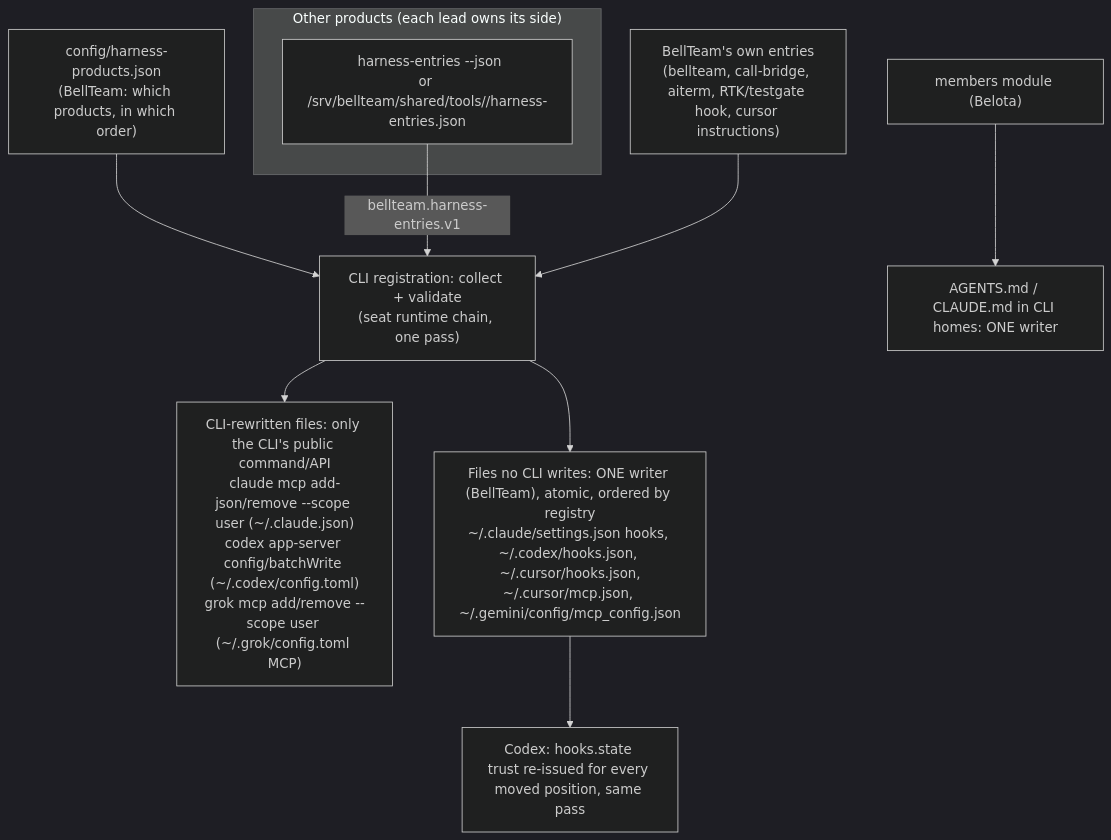
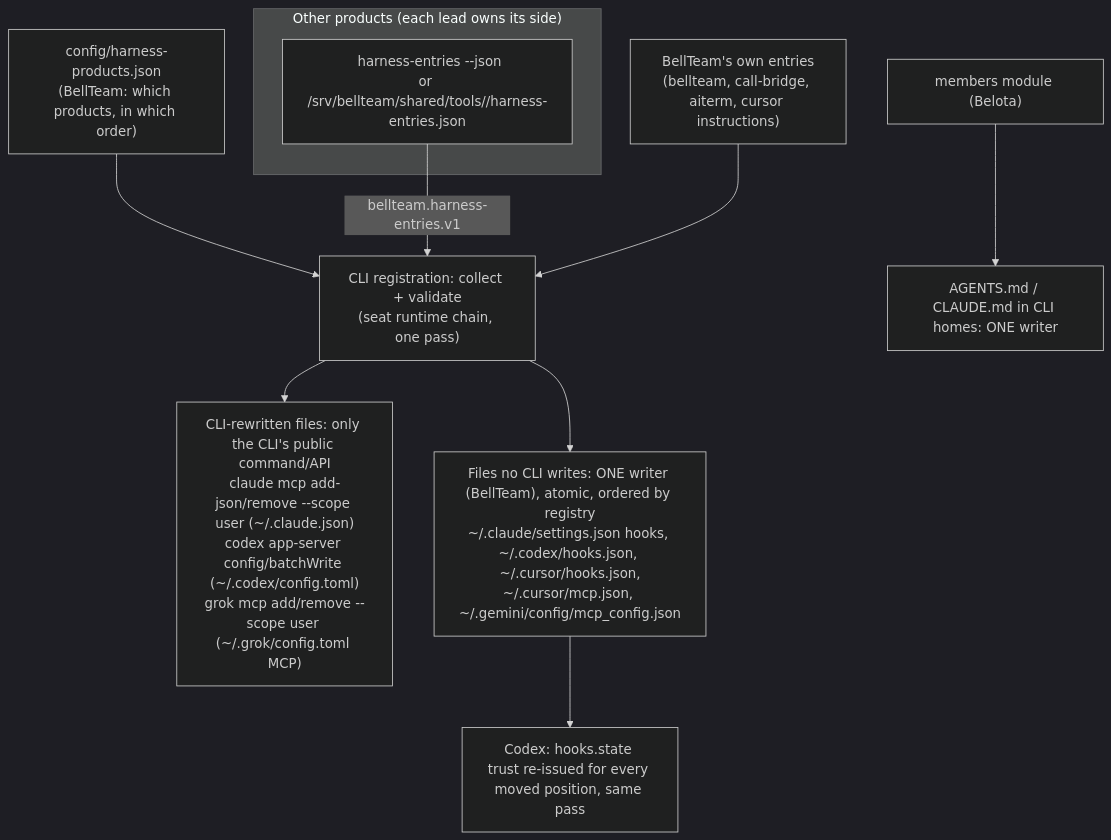
Before and after one commit to kitepon/BellTeam: the fifth of 5 diagrams in docs/architecture/modules/runtime/cli-registration.md, drawn with Mermaid (dark theme). The commit also changed other lines of this file and 13 other files, not shown here.

````diff
--- a/docs/architecture/modules/runtime/cli-registration.md
+++ b/docs/architecture/modules/runtime/cli-registration.md
@@ -116,13 +114,13 @@
 ```mermaid
 flowchart TD
   subgraph Products["Other products (each lead owns its side)"]
     PE["<product> harness-entries --json<br/>or /srv/bellteam/shared/tools/<id>/harness-entries.json"]
   end
   Reg["config/harness-products.json<br/>(BellTeam: which products, in which order)"] --> Collect
   PE -->|"bellteam.harness-entries.v1"| Collect["CLI registration: collect + validate<br/>(seat runtime chain, one pass)"]
-  Own["BellTeam's own entries<br/>(bellteam, call-bridge, aiterm, RTK/testgate hook, cursor instructions)"] --> Collect
+  Own["BellTeam's own entries<br/>(bellteam, call-bridge, aiterm, cursor instructions)"] --> Collect
   Collect --> CLIcmd["CLI-rewritten files: only the CLI's public command/API<br/>claude mcp add-json/remove --scope user (~/.claude.json)<br/>codex app-server config/batchWrite (~/.codex/config.toml)<br/>grok mcp add/remove --scope user (~/.grok/config.toml MCP)"]
   Collect --> Files["Files no CLI writes: ONE writer (BellTeam), atomic, ordered by registry<br/>~/.claude/settings.json hooks, ~/.codex/hooks.json, ~/.cursor/hooks.json,<br/>~/.cursor/mcp.json, ~/.gemini/config/mcp_config.json"]
   Files --> Trust["Codex: hooks.state trust re-issued for every moved position, same pass"]
   Members["members module (Belota)"] --> Rules["AGENTS.md / CLAUDE.md in CLI homes: ONE writer"]
 ```
````
